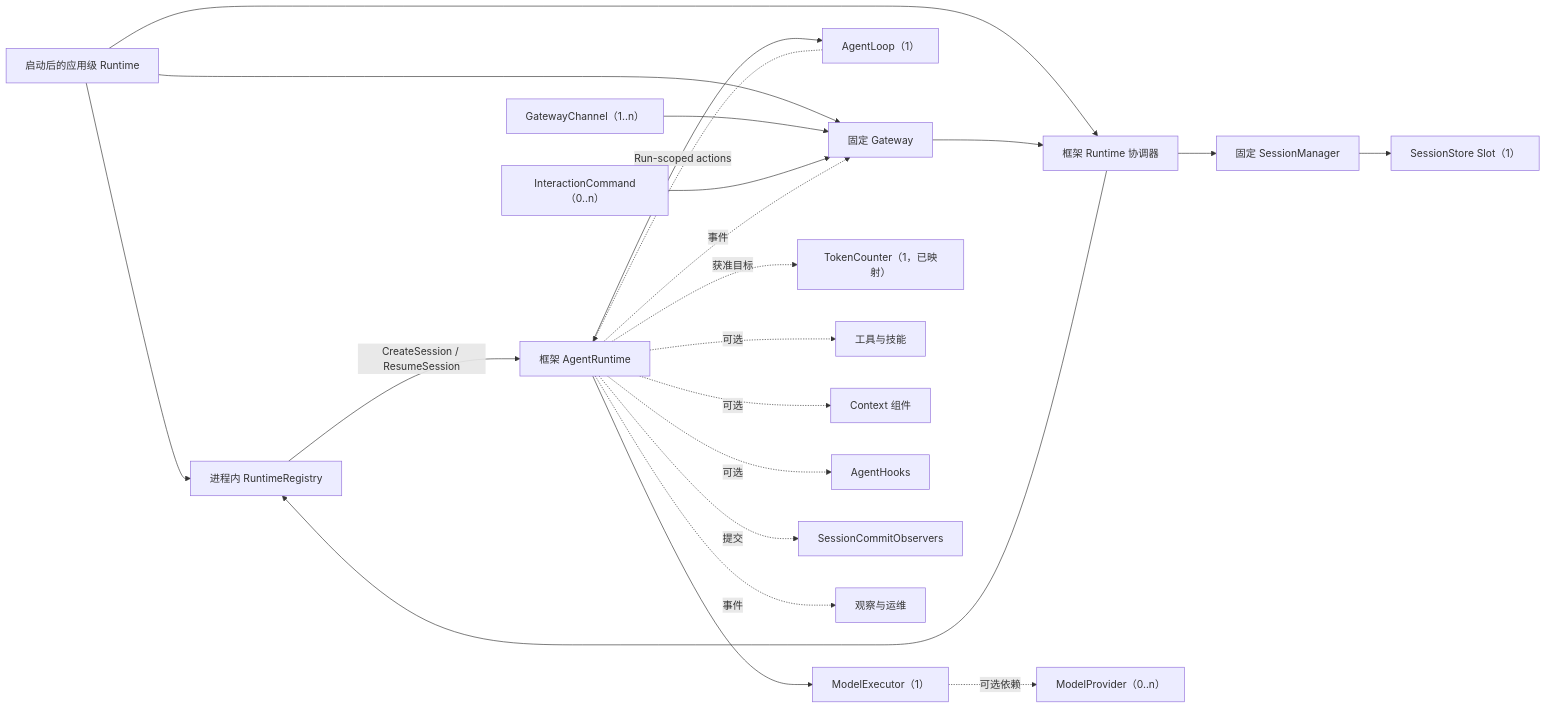
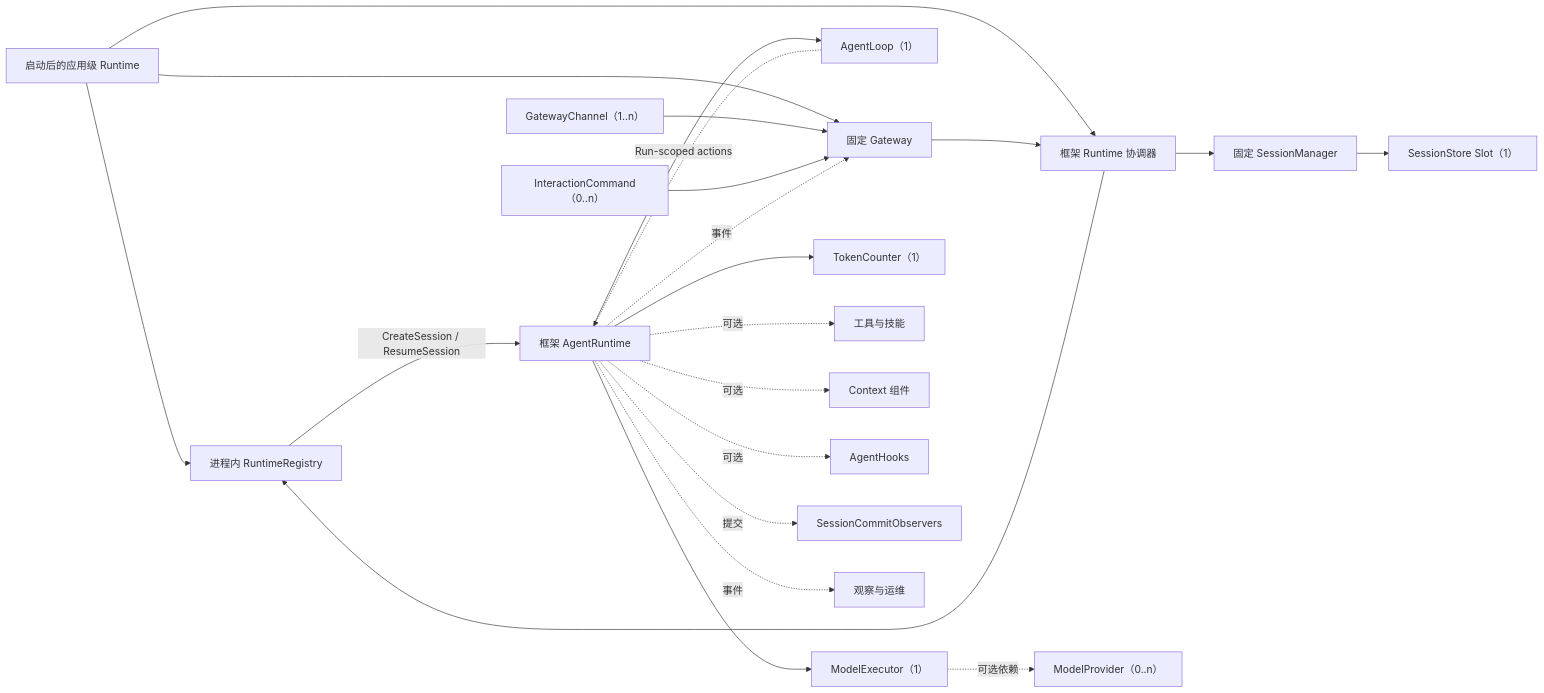
The diagram in COMPONENT_MAP.zh-CN.md (LyleLiu666/agentSlot), drawn with Mermaid before and after one commit. The commit also changed other lines of this file and 17 other files, not shown here.

````diff
--- a/COMPONENT_MAP.zh-CN.md
+++ b/COMPONENT_MAP.zh-CN.md
@@ -100,24 +98,24 @@
 ```mermaid
 flowchart LR
     AR["启动后的应用级 Runtime"] --> REG["进程内 RuntimeRegistry"]
     AR --> RC["框架 Runtime 协调器"]
     AR --> G["固定 Gateway"]
     RC --> REG
     E["GatewayChannel（1..n）"] --> G
     IC["InteractionCommand（0..n）"] --> G
     G --> RC
     RC --> SM["固定 SessionManager"]
     SM --> SS["SessionStore Slot（1）"]
     REG -->|"CreateSession / ResumeSession"| R["框架 AgentRuntime"]
     R --> L["AgentLoop（1）"]
     L -. "Run-scoped actions" .-> R
     R --> ME["ModelExecutor（1）"]
-    R -. "获准目标" .-> TC["TokenCounter（1，已映射）"]
+    R --> TC["TokenCounter（1）"]
     ME -. "可选依赖" .-> MP["ModelProvider（0..n）"]
     R -. "可选" .-> T["工具与技能"]
     R -. "可选" .-> C["Context 组件"]
     R -. "可选" .-> H["AgentHooks"]
     R -. "提交" .-> SCO["SessionCommitObservers"]
     R -. "事件" .-> G
     R -. "事件" .-> O["观察与运维"]
 ```
````
